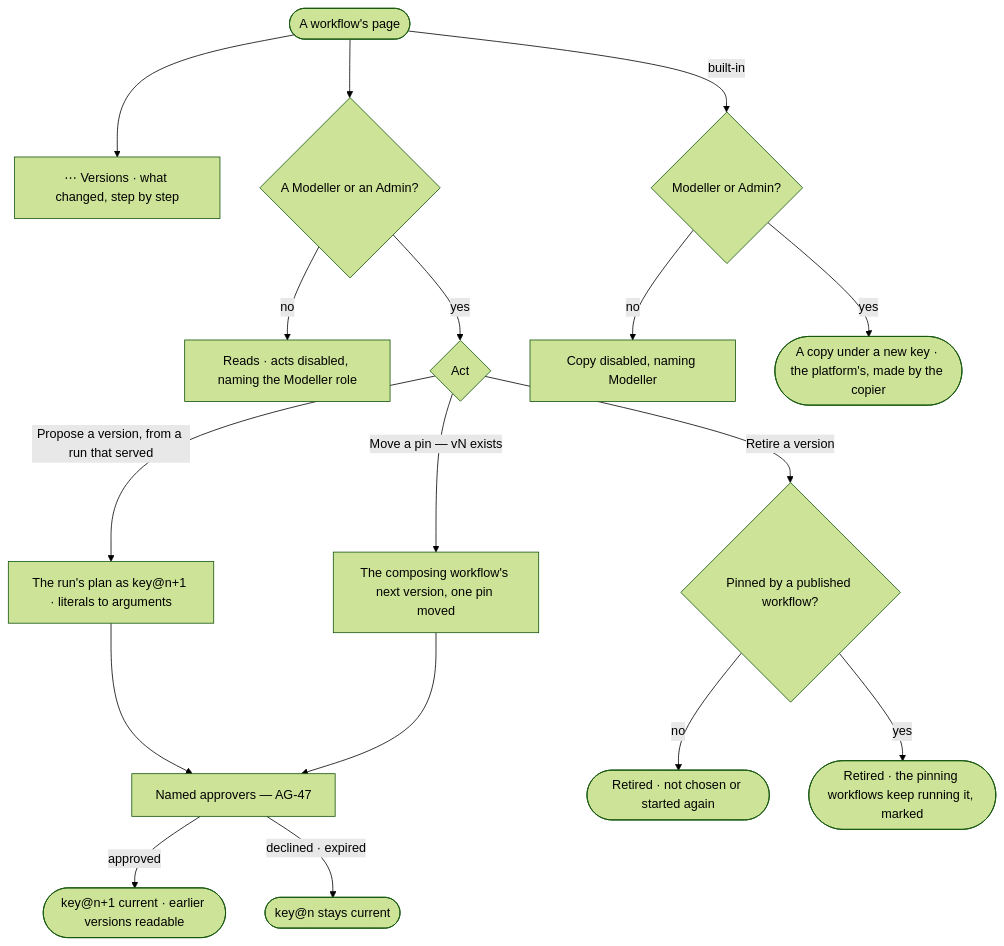
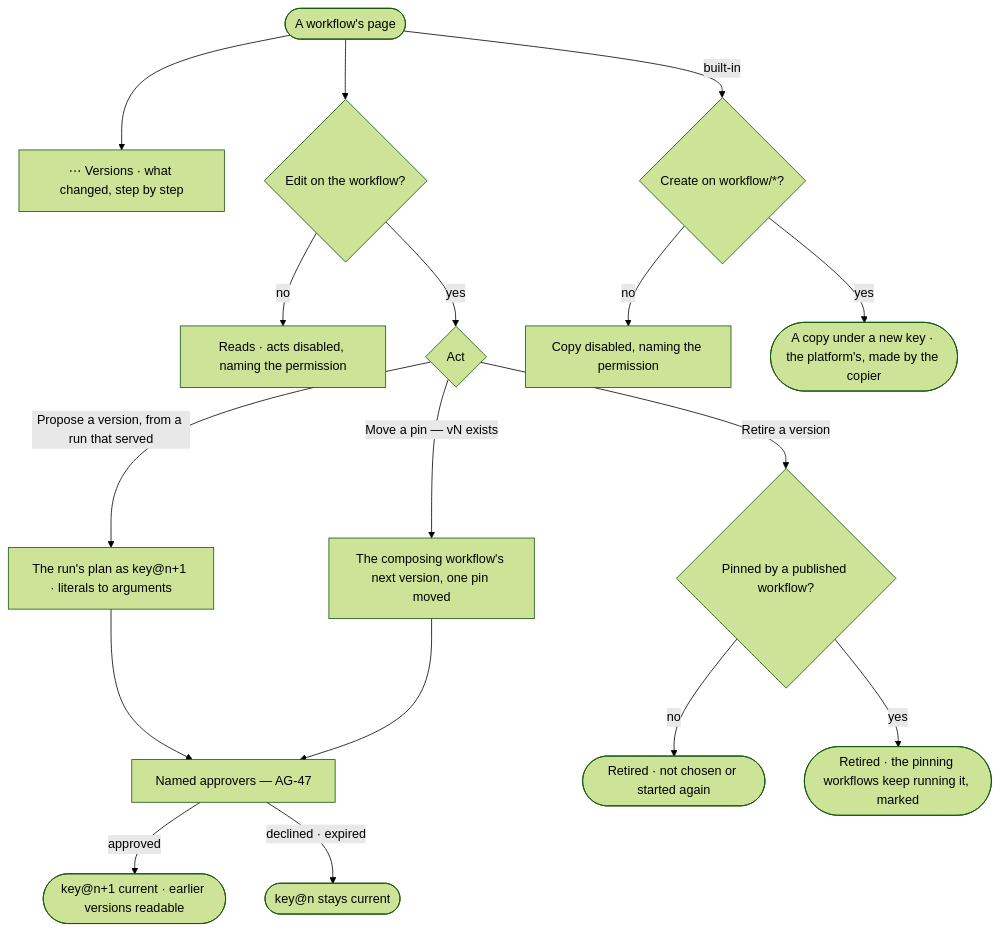
One commit to invana/invana changed the diagram in specs/capabilities/agents/features/AG-F06-plans-and-workflows/stories/AG-48-version-a-workflow-retire-one-and-move-a-pin/story.md. Above: the diagram before and after it, drawn with Mermaid (forest theme). The commit also changed other lines of this file and 228 other files, not shown here.

````diff
--- a/specs/capabilities/agents/features/AG-F06-plans-and-workflows/stories/AG-48-version-a-workflow-retire-one-and-move-a-pin/story.md
+++ b/specs/capabilities/agents/features/AG-F06-plans-and-workflows/stories/AG-48-version-a-workflow-retire-one-and-move-a-pin/story.md
@@ -30,17 +30,17 @@
 ```mermaid
 flowchart TD
   w([A workflow's page]) --> v["⋯ Versions · what changed, step by step"]
-  w --> own{"A Modeller or an Admin?"}
-  own -->|no| ro["Reads · acts disabled, naming the Modeller role"]
+  w --> own{"Edit on the workflow?"}
+  own -->|no| ro["Reads · acts disabled, naming the permission"]
   own -->|yes| acts{"Act"}
   acts -->|Propose a version, from a run that served| pv["The run's plan as key@n+1 · literals to arguments"] --> ask["Named approvers — AG-47"]
   ask -->|approved| nv(["key@n+1 current · earlier versions readable"])
   ask -->|declined · expired| keep(["key@n stays current"])
   acts -->|Retire a version| rt{"Pinned by a published workflow?"}
   rt -->|no| rd(["Retired · not chosen or started again"])
   rt -->|yes| rp(["Retired · the pinning workflows keep running it, marked"])
   acts -->|Move a pin — vN exists| mp["The composing workflow's next version, one pin moved"] --> ask
-  w -->|built-in| cp{"Modeller or Admin?"}
-  cp -->|no| cx["Copy disabled, naming Modeller"]
+  w -->|built-in| cp{"Create on workflow/*?"}
+  cp -->|no| cx["Copy disabled, naming the permission"]
   cp -->|yes| c(["A copy under a new key · the platform's, made by the copier"])
 ```
````
